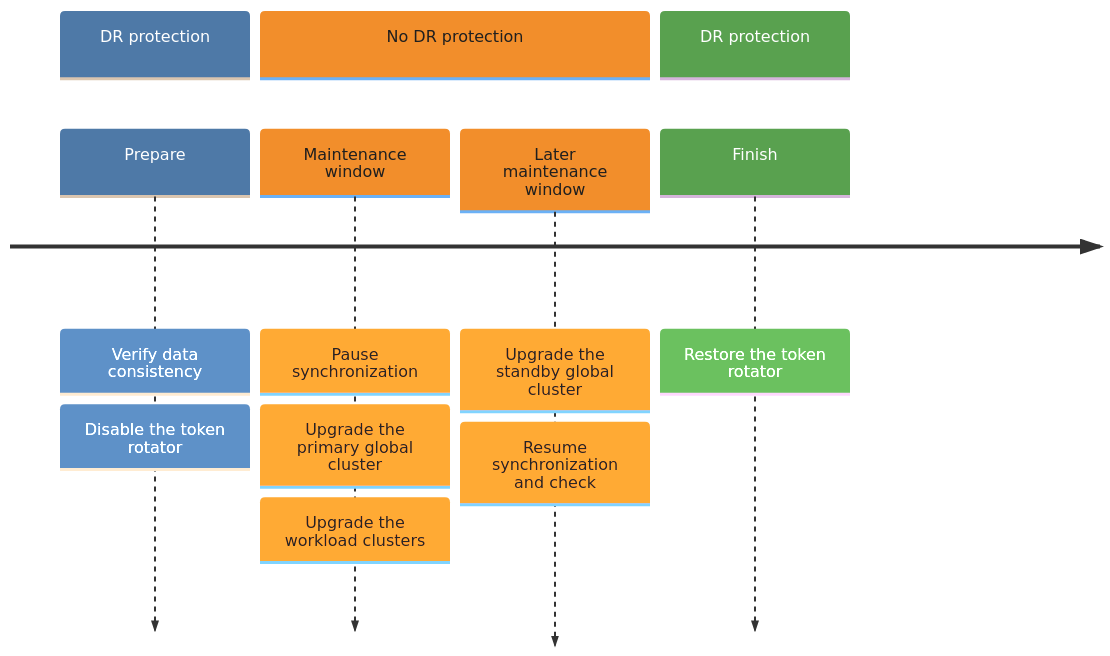
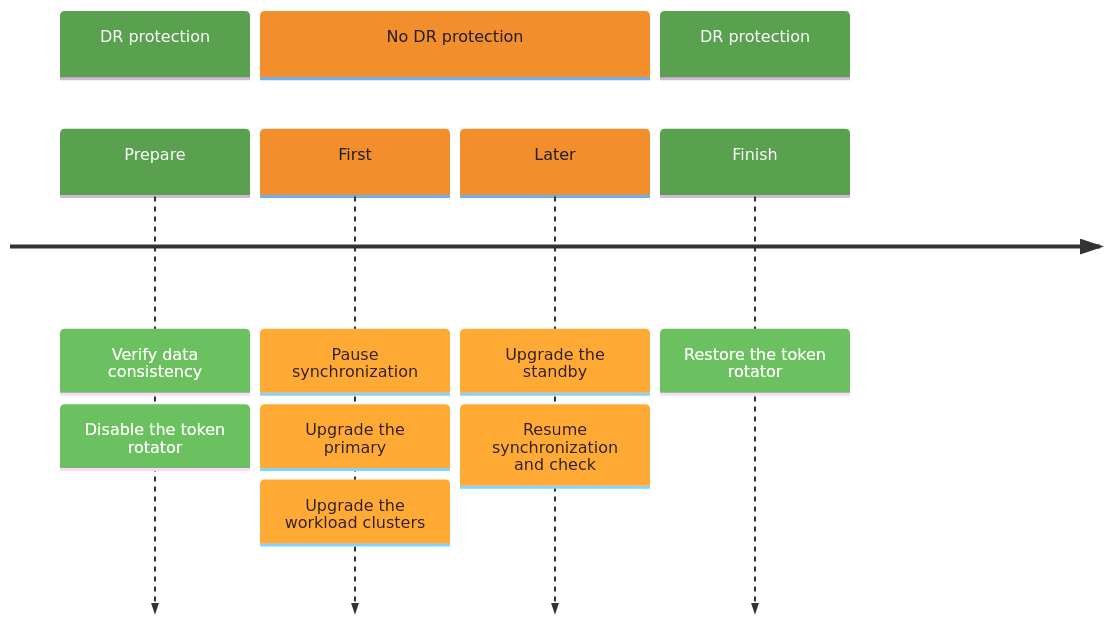
The diagram in docs/en/upgrade/global/upgrade_global_dr_deferred_standby.mdx (alauda/acp-docs), drawn with Mermaid before and after one commit. The commit also changed other lines of this file and 6 other files, not shown here.

First line of the commit message:
docs(upgrade): align the dr timeline and the standby preflight rule

````diff
--- a/docs/en/upgrade/global/upgrade_global_dr_deferred_standby.mdx
+++ b/docs/en/upgrade/global/upgrade_global_dr_deferred_standby.mdx
@@ -10,22 +10,22 @@
 ```mermaid
 ---
 config:
   theme: base
   themeVariables:
-    cScale0: "#4e79a7"
+    cScale0: "#59a14f"
     cScaleLabel0: "#ffffff"
     cScale1: "#f28e2b"
     cScaleLabel1: "#1f1f1f"
     cScale2: "#59a14f"
     cScaleLabel2: "#ffffff"
 ---
 timeline
     section DR protection
         Prepare : Verify data consistency : Disable the token rotator
     section No DR protection
-        Maintenance window : Pause synchronization : Upgrade the primary global cluster : Upgrade the workload clusters
-        Later maintenance window : Upgrade the standby global cluster : Resume synchronization and check
-    %% Two spaces: mermaid merges sections that have the same name.
+        First : Pause synchronization : Upgrade the primary : Upgrade the workload clusters
+        Later : Upgrade the standby : Resume synchronization and check
+    %% Section names must differ (two spaces here): mermaid draws the tasks of same-named sections in each of them.
     section DR  protection
         Finish : Restore the token rotator
 ```
````
